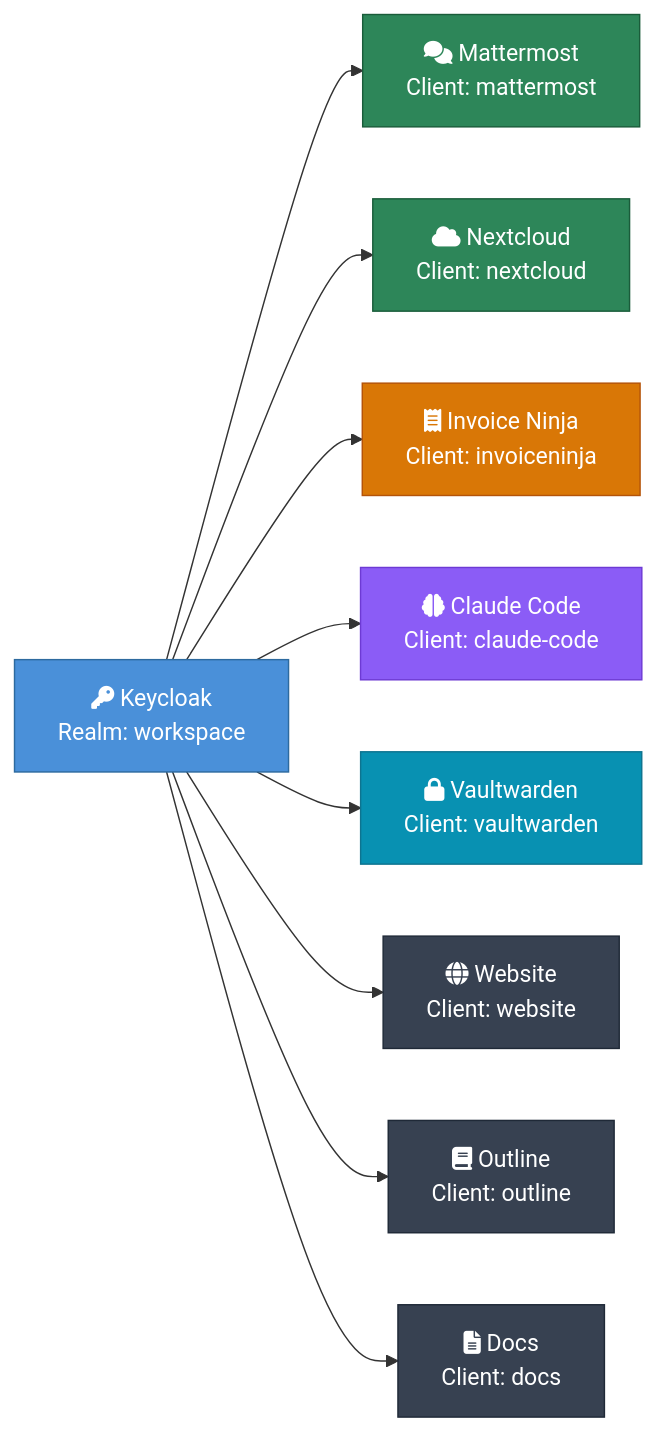
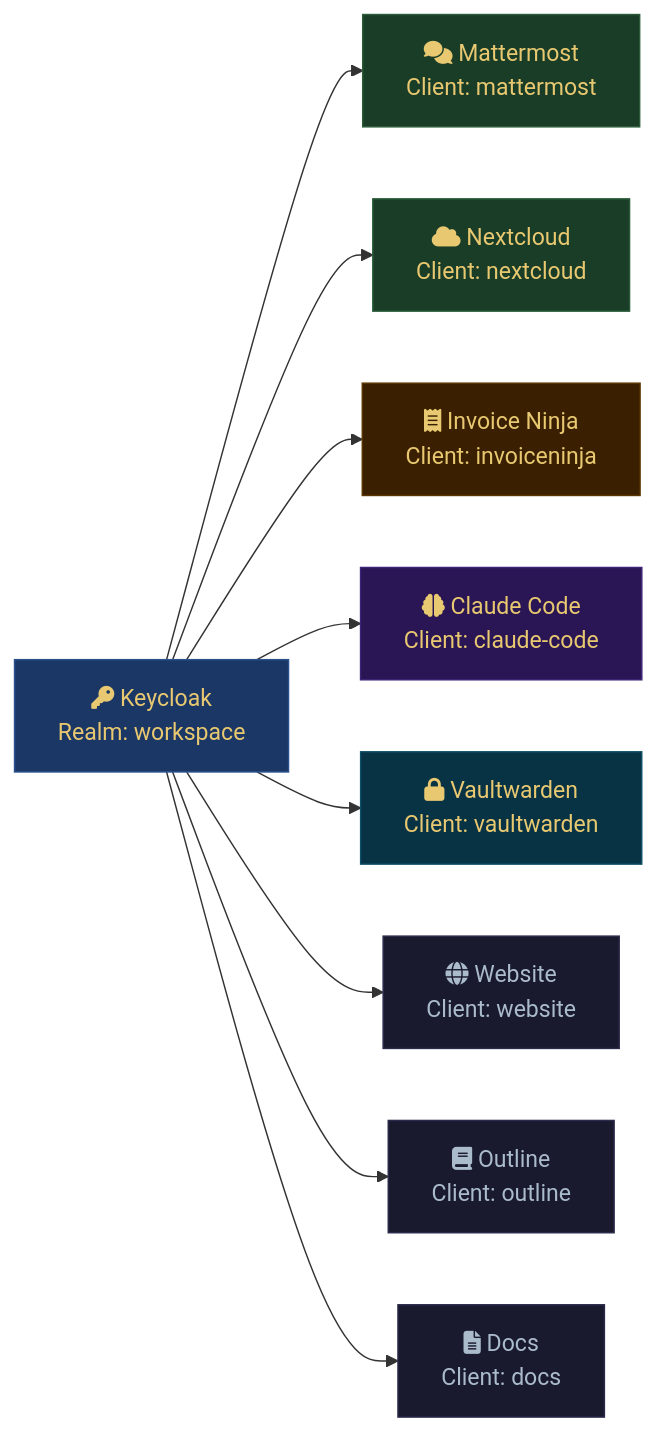
One commit to Paddione/Bachelorprojekt changed the first of 2 diagrams in k3d/docs-content/keycloak.md. Above: the diagram before and after it, drawn with Mermaid. The commit also changed 6 other files, not shown here.

First line of the commit message:
docs: retheme all Mermaid diagrams to mentolder dark+gold palette

````diff
--- a/k3d/docs-content/keycloak.md
+++ b/k3d/docs-content/keycloak.md
@@ -30,29 +30,29 @@
 ```mermaid
 graph LR
     KC["fa:fa-key Keycloak<br/>Realm: workspace"]
 
     MM["fa:fa-comments Mattermost<br/>Client: mattermost"]
     NC["fa:fa-cloud Nextcloud<br/>Client: nextcloud"]
     IN["fa:fa-receipt Invoice Ninja<br/>Client: invoiceninja"]
     OC["fa:fa-brain Claude Code<br/>Client: claude-code"]
     VW["fa:fa-lock Vaultwarden<br/>Client: vaultwarden"]
     WEB["fa:fa-globe Website<br/>Client: website"]
     OL["fa:fa-book Outline<br/>Client: outline"]
     DOC["fa:fa-file-lines Docs<br/>Client: docs"]
 
     KC --> MM & NC & IN & OC & VW & WEB & OL & DOC
 
-    classDef kc fill:#4a90d9,color:#fff,stroke:#2d6a9f
-    classDef collab fill:#2d8659,color:#fff,stroke:#1a5c3a
-    classDef ai fill:#8b5cf6,color:#fff,stroke:#6d3ad4
-    classDef billing fill:#d97706,color:#fff,stroke:#b45309
-    classDef tools fill:#0891b2,color:#fff,stroke:#0e7490
-    classDef infra fill:#374151,color:#fff,stroke:#1f2937
+    classDef kc fill:#1b3766,color:#e8c870,stroke:#2a5291
+    classDef collab fill:#1a3d28,color:#e8c870,stroke:#2a5c3a
+    classDef ai fill:#2a1654,color:#e8c870,stroke:#3d2478
+    classDef billing fill:#3a2000,color:#e8c870,stroke:#5a3500
+    classDef tools fill:#083344,color:#e8c870,stroke:#0e4f68
+    classDef infra fill:#1a1a2e,color:#aabbcc,stroke:#2a2a4a
 
     class KC kc
     class MM,NC collab
     class IN billing
     class OC ai
     class VW tools
     class WEB,OL,DOC infra
 ```
````
